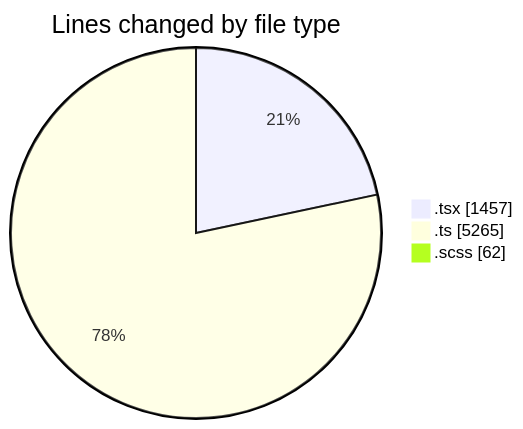
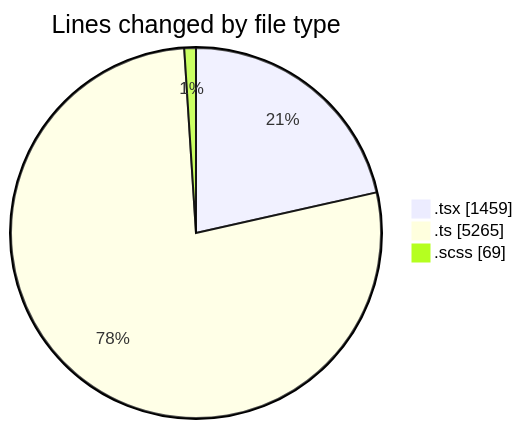
The first of 2 diagrams in 2026-10-14/cda/README.md (momahboobian/code-tracking), drawn with Mermaid before and after one commit. The commit also changed other lines of this file and 1 other file, not shown here.

````diff
--- a/2026-10-14/cda/README.md
+++ b/2026-10-14/cda/README.md
@@ -32,7 +32,7 @@
 ```mermaid
 pie showData
 title Lines changed by file type
-".tsx" : 1457
+".tsx" : 1459
 ".ts" : 5265
-".scss" : 62
+".scss" : 69
 ```
````
